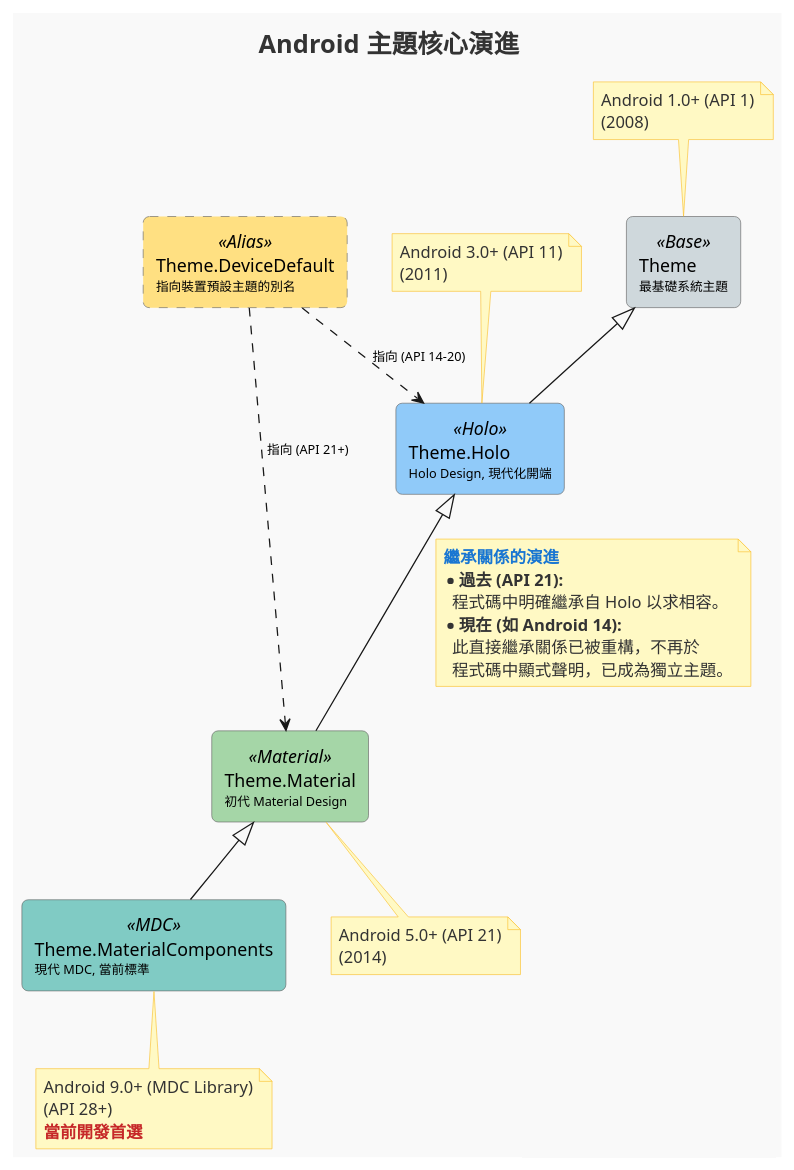
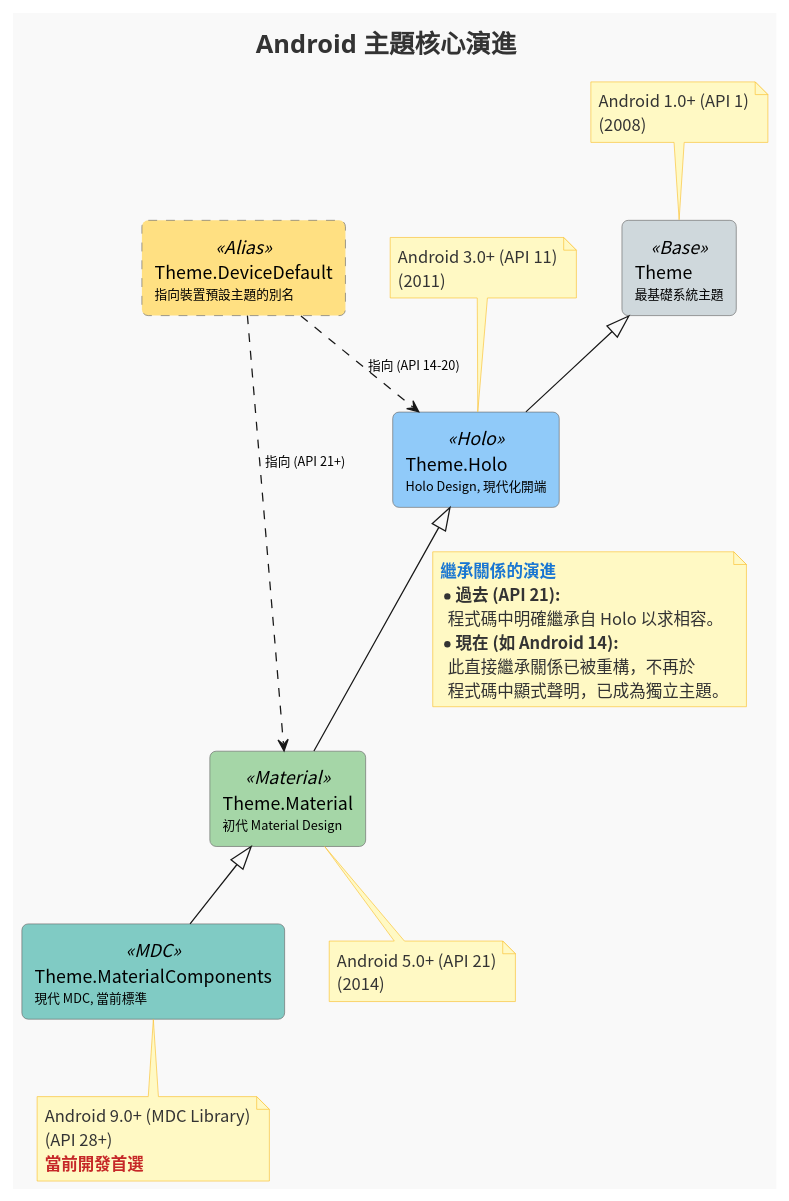
Before and after one commit to Ethen-Cao/ethenslab: the diagram in static/images/plantuml/platform-theme.puml, drawn with PlantUML. The commit also changed 3 other files, not shown here.

```diff
--- a/static/images/plantuml/platform-theme.puml
+++ b/static/images/plantuml/platform-theme.puml
@@ -1,106 +1,107 @@
 @startuml
 ' === Style Configuration ===
+skinparam defaultFontName "Noto Sans CJK TC"
 skinparam backgroundColor #F9F9F9
 skinparam shadowing false
 skinparam title {
   FontColor #333333
   FontSize 20
   FontName "Verdana"
 }
 skinparam rectangle {
   BorderColor #666666
   FontColor #000000
   RoundCorner 10
 }
 skinparam stereotype {
   FontColor #FFFFFF
   BorderColor #555555
   FontSize 10
   FontName "Verdana"
 }
 skinparam rectangle<<Base>> {
   BackgroundColor #CFD8DC
   StereotypeFontColor #000000
 }
 skinparam rectangle<<Holo>> {
   BackgroundColor #90CAF9
 }
 skinparam rectangle<<Material>> {
   BackgroundColor #A5D6A7
 }
 skinparam rectangle<<MDC>> {
   BackgroundColor #80CBC4
   StereotypeFontColor #000000
 }
 skinparam rectangle<<Alias>> {
   BackgroundColor #FFE082
   BorderStyle dashed
   StereotypeFontColor #000000
 }
 skinparam note {
   BackgroundColor #FFF9C4
   BorderColor #FBC02D
   FontColor #333333
 }
 ' skinparam note on link {
 '   BackgroundColor #FFFFFF
 '   BorderColor #42A5F5
 ' }
 
 title Android 主題核心演進
 
 ' === Core Theme Definitions (Corrected Stereotype Syntax) ===
 rectangle "Theme\n<size:10>最基礎系統主題" <<Base>> as Theme_Base
 
 rectangle "Theme.Holo\n<size:10>Holo Design, 現代化開端" <<Holo>> as Theme_Holo
 
 rectangle "Theme.Material\n<size:10>初代 Material Design" <<Material>> as Theme_Material
 
 rectangle "Theme.MaterialComponents\n<size:10>現代 MDC, 當前標準" <<MDC>> as Theme_MDC
 
 rectangle "Theme.DeviceDefault\n<size:10>指向裝置預設主題的別名" <<Alias>> as Theme_DeviceDefault
 
 
 ' === Core Inheritance Chain ===
 Theme_Base <|-- Theme_Holo
 Theme_Material <|-- Theme_MDC
 
 ' --- The Evolved Relationship ---
 Theme_Holo <|-- Theme_Material
 note on link
   <b><color:#1976D2>繼承關係的演進</color></b>
   * <b>過去 (API 21):</b>
     程式碼中明確繼承自 Holo 以求相容。
   * <b>現在 (如 Android 14):</b>
     此直接繼承關係已被重構，不再於
     程式碼中顯式聲明，已成為獨立主題。
 end note
 
 
 ' === DeviceDefault Alias Logic ===
 Theme_DeviceDefault ..> Theme_Holo : <size:10>指向 (API 14-20)
 Theme_DeviceDefault ..> Theme_Material : <size:10>指向 (API 21+)
 
 ' === Version & API Level Notes ===
 note top of Theme_Base
   Android 1.0+ (API 1)
   (2008)
 end note
 
 note top of Theme_Holo
   Android 3.0+ (API 11)
   (2011)
 end note
 
 note bottom of Theme_Material
   Android 5.0+ (API 21)
   (2014)
 end note
 
 note bottom of Theme_MDC
   Android 9.0+ (MDC Library)
   (API 28+)
   <b><color:#C62828>當前開發首選</color></b>
 end note
 
 @enduml
```
